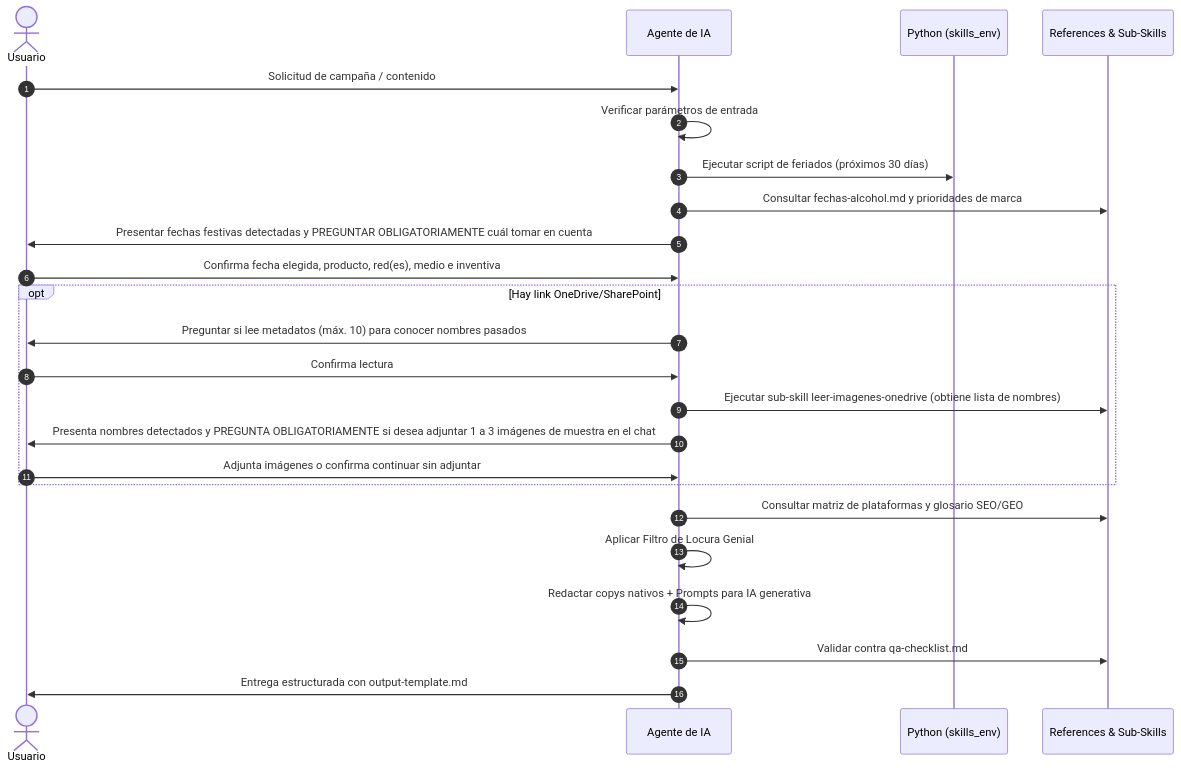
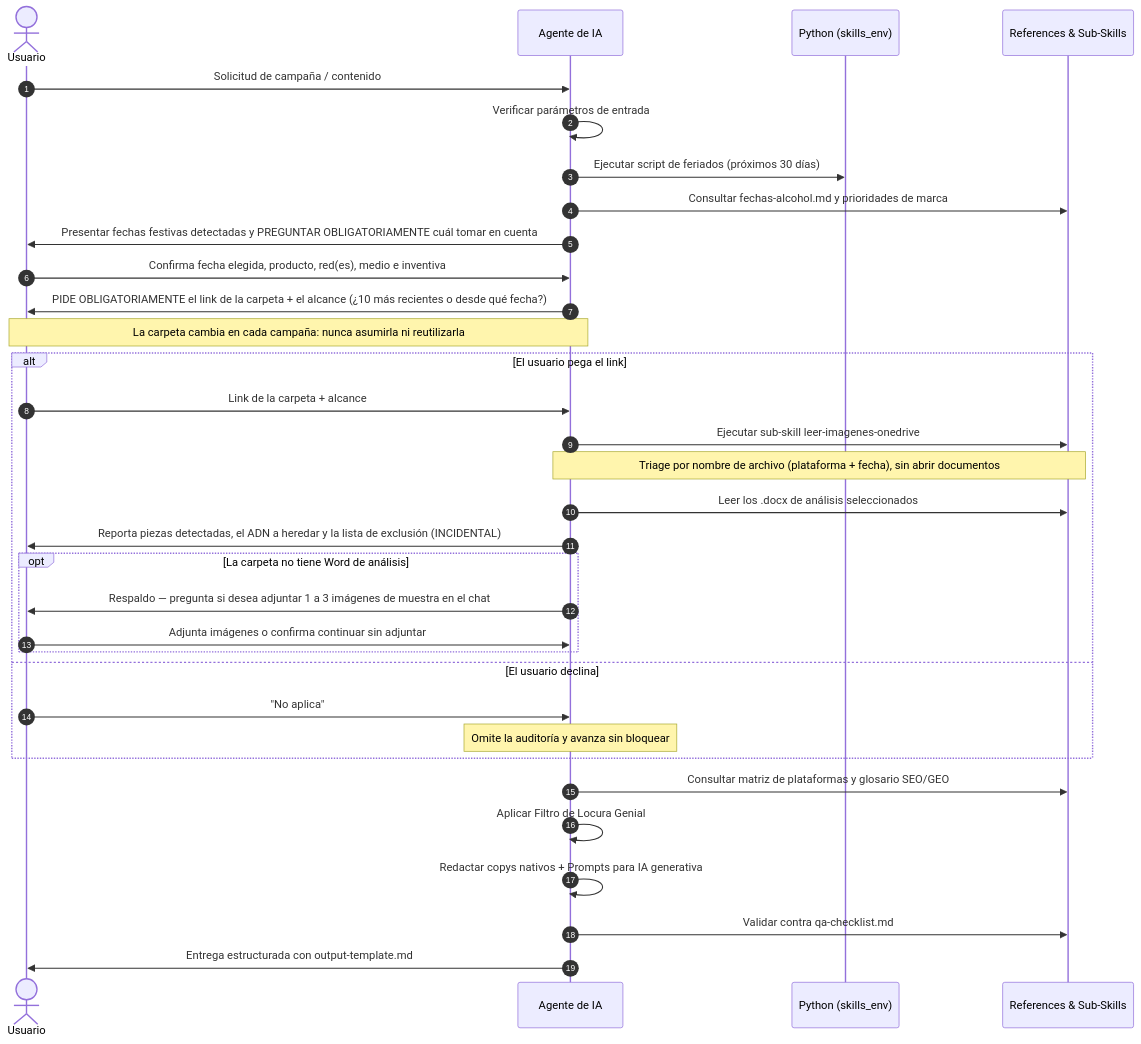
One commit to Iris-Startup-Lab/skill-agente-mercadotecnia-loco-tequila changed the diagram in AGENTS.md. Above: the diagram before and after it, drawn with Mermaid. The commit also changed other lines of this file and 16 other files, not shown here.

Commit message:
Añadiendo cambios a la skill, nuevos métodos de onedrive y pruebas finales del HTML

````diff
--- a/AGENTS.md
+++ b/AGENTS.md
@@ -45,27 +49,36 @@
 ```mermaid
 sequenceDiagram
     autonumber
     actor Usuario
     participant Agente as Agente de IA
     participant Shell as Python (skills_env)
     participant Ref as References & Sub-Skills
 
     Usuario->>Agente: Solicitud de campaña / contenido
     Agente->>Agente: Verificar parámetros de entrada
     Agente->>Shell: Ejecutar script de feriados (próximos 30 días)
     Agente->>Ref: Consultar fechas-alcohol.md y prioridades de marca
     Agente->>Usuario: Presentar fechas festivas detectadas y PREGUNTAR OBLIGATORIAMENTE cuál tomar en cuenta
     Usuario->>Agente: Confirma fecha elegida, producto, red(es), medio e inventiva
-    opt Hay link OneDrive/SharePoint
-        Agente->>Usuario: Preguntar si lee metadatos (máx. 10) para conocer nombres pasados
-        Usuario->>Agente: Confirma lectura
-        Agente->>Ref: Ejecutar sub-skill leer-imagenes-onedrive (obtiene lista de nombres)
-        Agente->>Usuario: Presenta nombres detectados y PREGUNTA OBLIGATORIAMENTE si desea adjuntar 1 a 3 imágenes de muestra en el chat
-        Usuario->>Agente: Adjunta imágenes o confirma continuar sin adjuntar
+    Agente->>Usuario: PIDE OBLIGATORIAMENTE el link de la carpeta + el alcance (¿10 más recientes o desde qué fecha?)
+    Note over Agente,Usuario: La carpeta cambia en cada campaña: nunca asumirla ni reutilizarla
+    alt El usuario pega el link
+        Usuario->>Agente: Link de la carpeta + alcance
+        Agente->>Ref: Ejecutar sub-skill leer-imagenes-onedrive
+        Note over Agente,Ref: Triage por nombre de archivo (plataforma + fecha), sin abrir documentos
+        Agente->>Ref: Leer los .docx de análisis seleccionados
+        Agente->>Usuario: Reporta piezas detectadas, el ADN a heredar y la lista de exclusión (INCIDENTAL)
+        opt La carpeta no tiene Word de análisis
+            Agente->>Usuario: Respaldo — pregunta si desea adjuntar 1 a 3 imágenes de muestra en el chat
+            Usuario->>Agente: Adjunta imágenes o confirma continuar sin adjuntar
+        end
+    else El usuario declina
+        Usuario->>Agente: "No aplica"
+        Note over Agente: Omite la auditoría y avanza sin bloquear
     end
     Agente->>Ref: Consultar matriz de plataformas y glosario SEO/GEO
     Agente->>Agente: Aplicar Filtro de Locura Genial
     Agente->>Agente: Redactar copys nativos + Prompts para IA generativa
     Agente->>Ref: Validar contra qa-checklist.md
     Agente->>Usuario: Entrega estructurada con output-template.md
 ```
````
